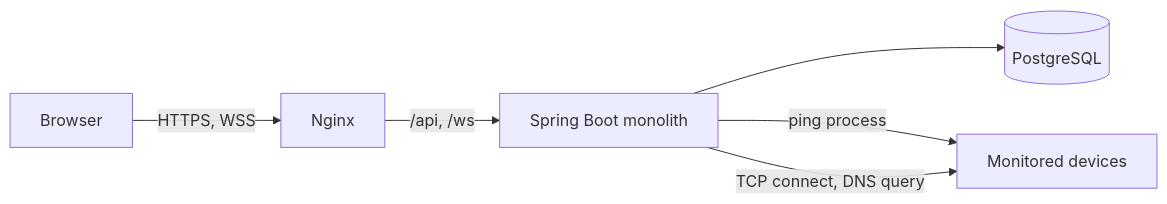
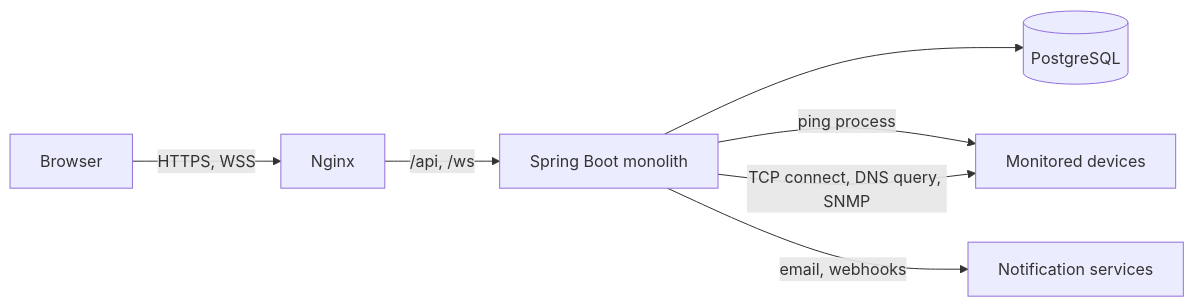
One commit to SonuRauniyar-coder/NetPulse changed the diagram in README.md. Above: the diagram before and after it, drawn with Mermaid. The commit also changed other lines of this file and 148 other files, not shown here.

````diff
--- a/README.md
+++ b/README.md
@@ -53,8 +71,9 @@
 ```mermaid
 flowchart LR
     B[Browser] -->|HTTPS, WSS| N[Nginx]
     N -->|/api, /ws| A[Spring Boot monolith]
     A --> P[(PostgreSQL)]
     A -->|ping process| T[Monitored devices]
-    A -->|TCP connect, DNS query| T
+    A -->|TCP connect, DNS query, SNMP| T
+    A -->|email, webhooks| O[Notification services]
 ```
````
